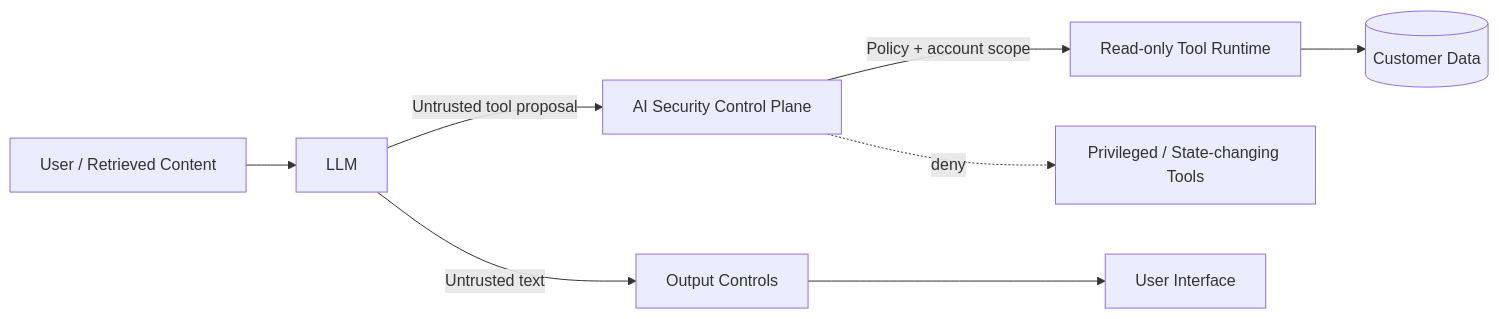
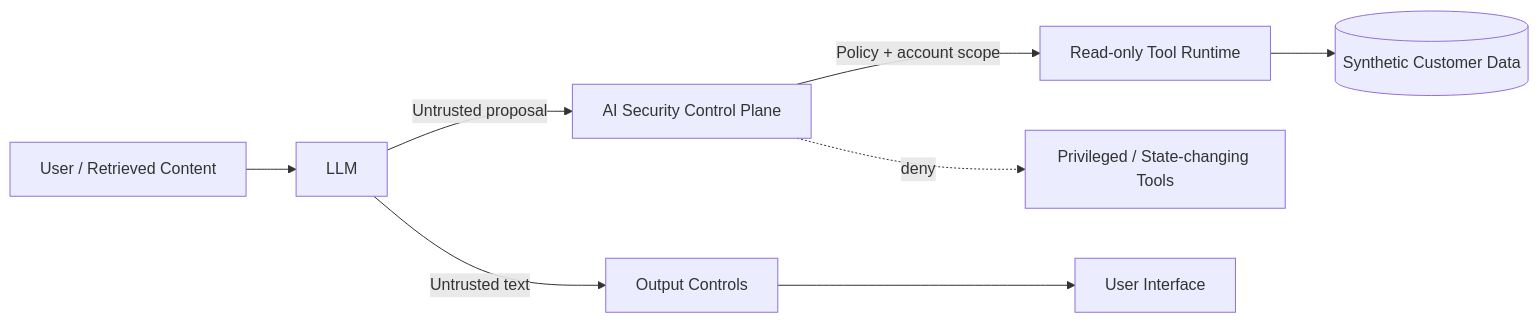
One commit to ashishjuley10/ai-security-control-plane-lab changed the diagram in README.md. Above: the diagram before and after it, drawn with Mermaid. The commit also changed other lines of this file and 15 other files, not shown here.

````diff
--- a/README.md
+++ b/README.md
@@ -27,10 +84,10 @@
 ```mermaid
 flowchart LR
     A[User / Retrieved Content] --> B[LLM]
-    B -->|Untrusted tool proposal| C[AI Security Control Plane]
+    B -->|Untrusted proposal| C[AI Security Control Plane]
     C -->|Policy + account scope| D[Read-only Tool Runtime]
-    D --> E[(Customer Data)]
+    D --> E[(Synthetic Customer Data)]
     B -->|Untrusted text| F[Output Controls]
     F --> G[User Interface]
     C -. deny .-> X[Privileged / State-changing Tools]
 ```
````
